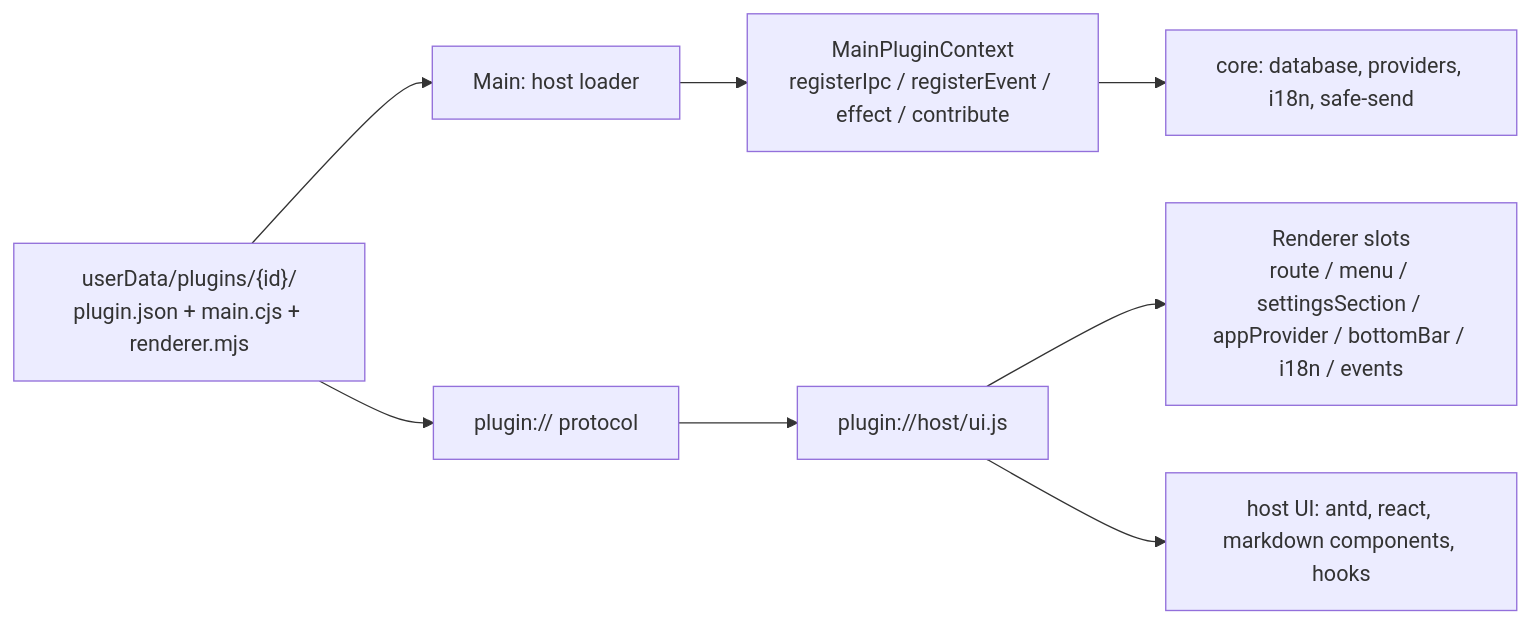
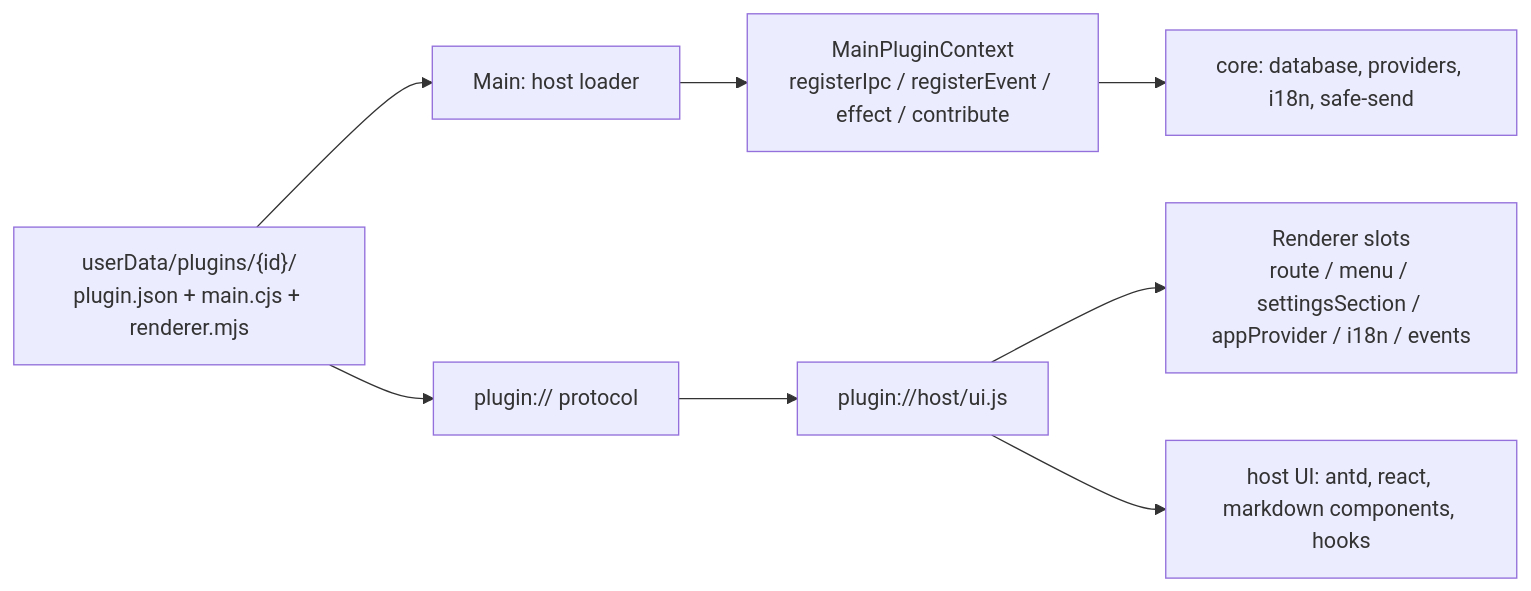
Before and after one commit to Aitenry/ryten-bench: the first of 2 diagrams in README.md, drawn with Mermaid. The commit also changed other lines of this file and 324 other files, not shown here.

````diff
--- a/README.md
+++ b/README.md
@@ -443,11 +512,11 @@
 ```mermaid
 flowchart LR
     Pkg["userData/plugins/{id}/<br/>plugin.json + main.cjs + renderer.mjs"]
     Pkg --> Host["Main: host loader"]
     Pkg --> Proto["plugin:// protocol"]
     Host --> Ctx["MainPluginContext<br/>registerIpc / registerEvent / effect / contribute"]
     Proto --> Bridge["plugin://host/ui.js"]
-    Bridge --> Slots["Renderer slots<br/>route / menu / settingsSection / appProvider / bottomBar / i18n / events"]
+    Bridge --> Slots["Renderer slots<br/>route / menu / settingsSection / appProvider / i18n / events"]
     Ctx --> Core1["core: database, providers, i18n, safe-send"]
     Bridge --> Core2["host UI: antd, react, markdown components, hooks"]
 ```
````
